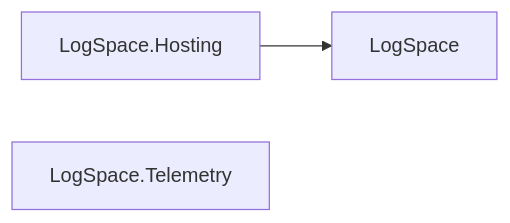
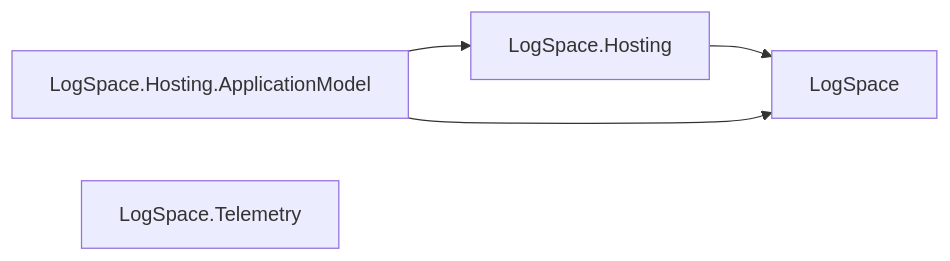
Before and after one commit to assimalign/cohesion: diagram 19 of 27 in docs/DEPENDENCIES.md, drawn with Mermaid. The commit also changed other lines of this file and 454 other files, not shown here.

First line of the commit message:
feat(resources): give every resource area a Hosting.ApplicationModel integration

````diff
--- a/docs/DEPENDENCIES.md
+++ b/docs/DEPENDENCIES.md
@@ -780,7 +807,10 @@
 ```mermaid
 flowchart LR
     N0["LogSpace"]
     N1["LogSpace.Hosting"]
-    N2["LogSpace.Telemetry"]
+    N2["LogSpace.Hosting.ApplicationModel"]
+    N3["LogSpace.Telemetry"]
     N1 --> N0
+    N2 --> N0
+    N2 --> N1
 ```
````
